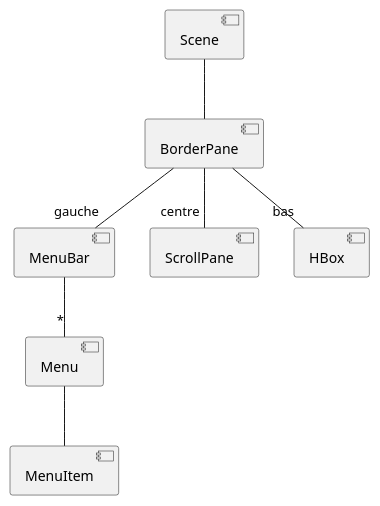
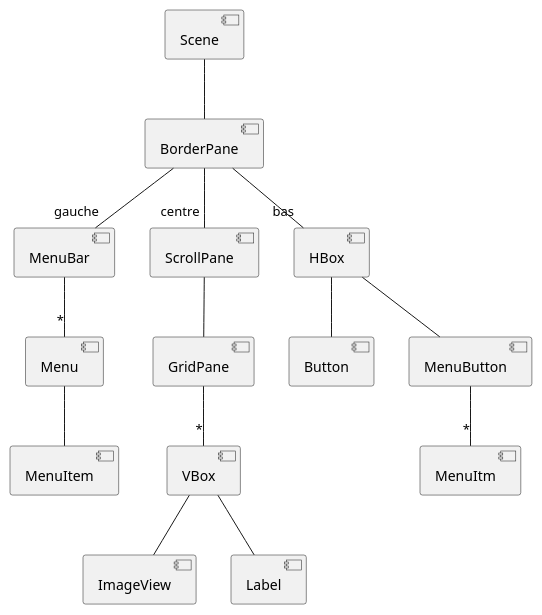
Before and after one commit to BapDiedler/collectionSatellite: the diagram in documentation/diagramme/VueGlobaleArbCompo.puml, drawn with PlantUML.

Commit message:
finalisation de l'arborescence globale

```diff
--- a/documentation/diagramme/VueGlobaleArbCompo.puml
+++ b/documentation/diagramme/VueGlobaleArbCompo.puml
@@ -1,14 +1,21 @@
 @startuml
 'https://plantuml.com/component-diagram
 
 [Scene] -- [BorderPane]
 
 [BorderPane] --"gauche" [MenuBar]
 [MenuBar] --"*" [Menu]
 [Menu] -- [MenuItem]
 
 [BorderPane] --"centre" [ScrollPane]
+[ScrollPane] -- [GridPane]
+[GridPane] --"*" [VBox]
+[VBox] -- [ImageView]
+[VBox] -- [Label]
 
 [BorderPane] --"bas" [HBox]
+[HBox] -- [Button]
+[HBox] -- [MenuButton]
+[MenuButton] --"*" [MenuItm]
 
 @enduml
```
